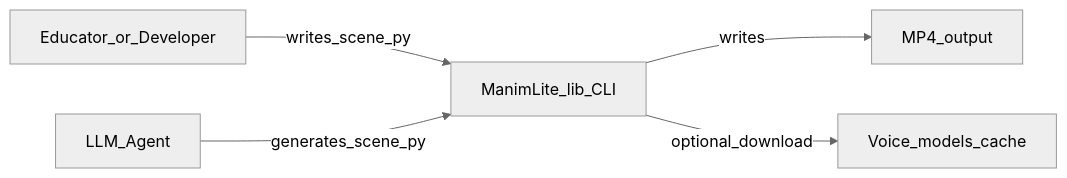
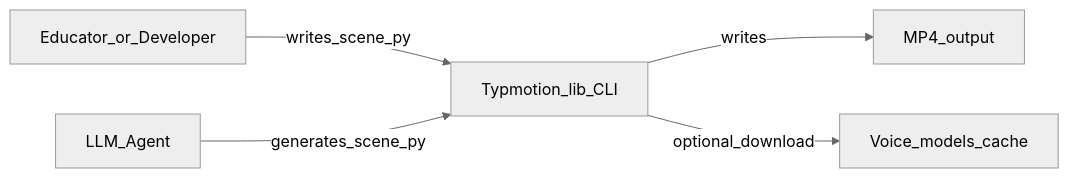
Before and after one commit to nabin2004/ManimLite: the first of 3 diagrams in docs/design/SDD.md, drawn with Mermaid (neutral theme). The commit also changed other lines of this file and 121 other files, not shown here.

````diff
--- a/docs/design/SDD.md
+++ b/docs/design/SDD.md
@@ -35,13 +35,13 @@
 ```mermaid
 flowchart LR
     Educator["Educator_or_Developer"]
     Agent["LLM_Agent"]
-    ManimLite["ManimLite_lib_CLI"]
+    Typmotion["Typmotion_lib_CLI"]
     MP4["MP4_output"]
     Voices["Voice_models_cache"]
 
-    Educator -->|"writes_scene_py"| ManimLite
-    Agent -->|"generates_scene_py"| ManimLite
-    ManimLite -->|"writes"| MP4
-    ManimLite -->|"optional_download"| Voices
+    Educator -->|"writes_scene_py"| Typmotion
+    Agent -->|"generates_scene_py"| Typmotion
+    Typmotion -->|"writes"| MP4
+    Typmotion -->|"optional_download"| Voices
 ```
````
